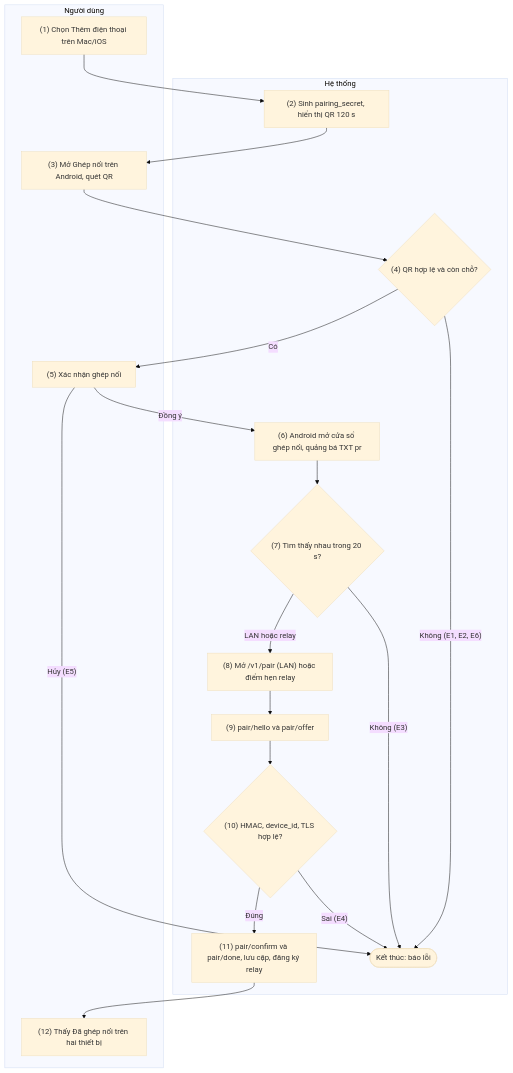
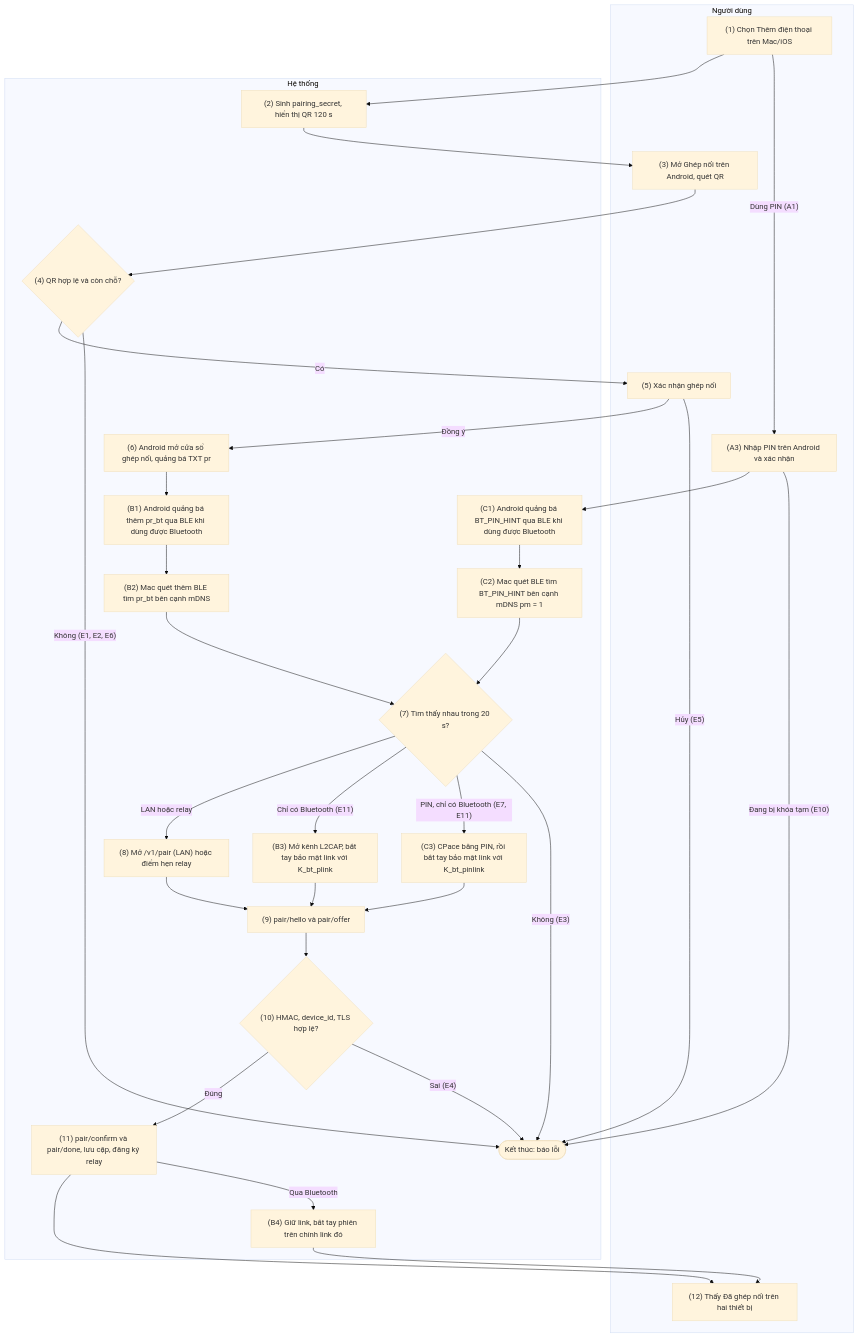
One commit to HandLive/handlive changed the first of 3 diagrams in docs/detailed-design/02-pairing.vi.md. Above: the diagram before and after it, drawn with Mermaid (base theme). The commit also changed other lines of this file and 32 other files, not shown here.

````diff
--- a/docs/detailed-design/02-pairing.vi.md
+++ b/docs/detailed-design/02-pairing.vi.md
@@ -43,29 +44,42 @@
 ```mermaid
 flowchart TB
   subgraph ND["Người dùng"]
     U1["(1) Chọn Thêm điện thoại trên Mac/iOS"]
     U3["(3) Mở Ghép nối trên Android, quét QR"]
     U5["(5) Xác nhận ghép nối"]
+    UA3["(A3) Nhập PIN trên Android và xác nhận"]
     U12["(12) Thấy Đã ghép nối trên hai thiết bị"]
   end
   subgraph HT["Hệ thống"]
     S2["(2) Sinh pairing_secret, hiển thị QR 120 s"]
     D4{"(4) QR hợp lệ và còn chỗ?"}
     S6["(6) Android mở cửa sổ ghép nối, quảng bá TXT pr"]
+    B1["(B1) Android quảng bá thêm pr_bt qua BLE khi dùng được Bluetooth"]
+    B2["(B2) Mac quét thêm BLE tìm pr_bt bên cạnh mDNS"]
+    B3["(B3) Mở kênh L2CAP, bắt tay bảo mật link với K_bt_plink"]
+    B4["(B4) Giữ link, bắt tay phiên trên chính link đó"]
+    C1["(C1) Android quảng bá BT_PIN_HINT qua BLE khi dùng được Bluetooth"]
+    C2["(C2) Mac quét BLE tìm BT_PIN_HINT bên cạnh mDNS pm = 1"]
+    C3["(C3) CPace bằng PIN, rồi bắt tay bảo mật link với K_bt_pinlink"]
     D7{"(7) Tìm thấy nhau trong 20 s?"}
     S8["(8) Mở /v1/pair (LAN) hoặc điểm hẹn relay"]
     S9["(9) pair/hello và pair/offer"]
     D10{"(10) HMAC, device_id, TLS hợp lệ?"}
     S11["(11) pair/confirm và pair/done, lưu cặp, đăng ký relay"]
     X1(["Kết thúc: báo lỗi"])
   end
   U1 --> S2 --> U3 --> D4
   D4 -- "Có" --> U5
   D4 -- "Không (E1, E2, E6)" --> X1
-  U5 -- "Đồng ý" --> S6 --> D7
+  U5 -- "Đồng ý" --> S6 --> B1 --> B2 --> D7
   U5 -- "Hủy (E5)" --> X1
   D7 -- "LAN hoặc relay" --> S8 --> S9 --> D10
+  D7 -- "Chỉ có Bluetooth (E11)" --> B3 --> S9
+  U1 -- "Dùng PIN (A1)" --> UA3 --> C1 --> C2 --> D7
+  D7 -- "PIN, chỉ có Bluetooth (E7, E11)" --> C3 --> S9
+  UA3 -- "Đang bị khóa tạm (E10)" --> X1
   D7 -- "Không (E3)" --> X1
   D10 -- "Đúng" --> S11 --> U12
+  S11 -- "Qua Bluetooth" --> B4 --> U12
   D10 -- "Sai (E4)" --> X1
 ```
````
